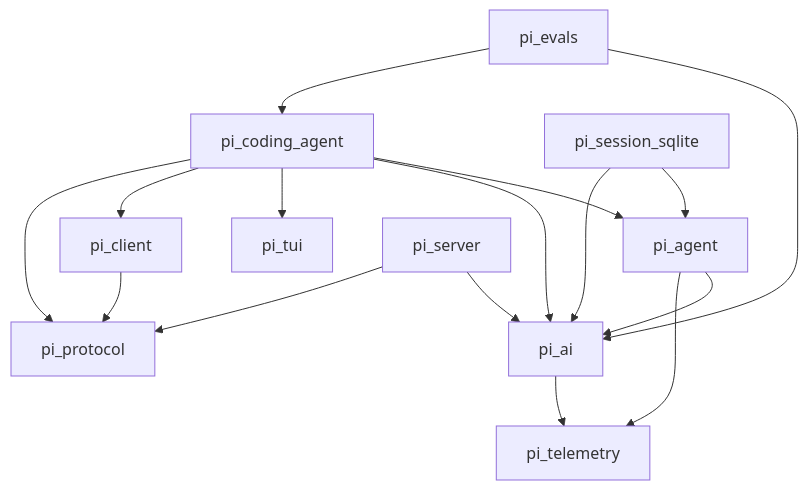
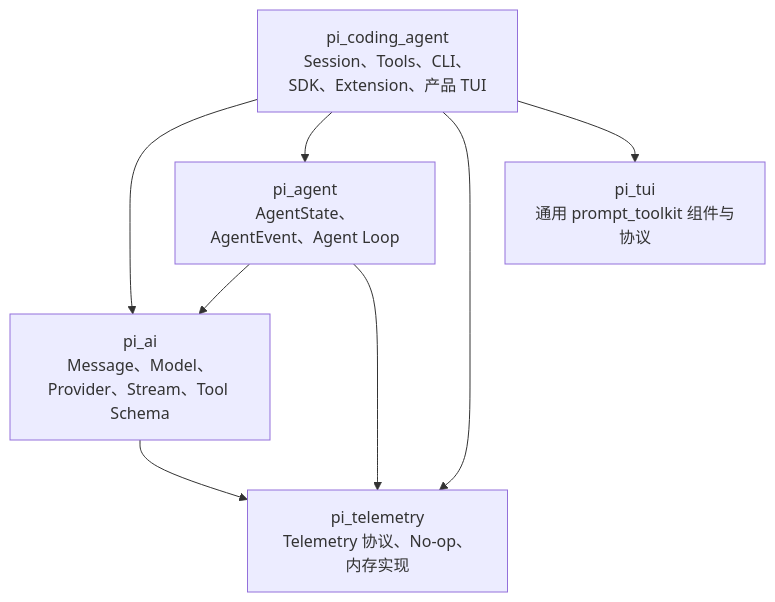
Before and after one commit to wangzhongyuan11/pi-python: the first of 2 diagrams in tasks/plan.md, drawn with Mermaid. The commit also changed other lines of this file and 3 other files, not shown here.

Commit message:
P0-T01: freeze rewrite roadmap and atomic backlog

````diff
--- a/tasks/plan.md
+++ b/tasks/plan.md
@@ -186,18 +45,16 @@
 ```mermaid
 graph TD
-    AI["pi_ai"] --> TEL["pi_telemetry"]
-    AGENT["pi_agent"] --> AI
-    AGENT --> TEL
-    CODING["pi_coding_agent"] --> AGENT
-    CODING --> AI
-    CODING --> TUI["pi_tui"]
-    CODING --> CLIENT["pi_client"]
-    CODING --> PROTOCOL["pi_protocol"]
-    CLIENT --> PROTOCOL
-    SERVER["pi_server"] --> AI
-    SERVER --> PROTOCOL
-    SQLITE["pi_session_sqlite"] --> AGENT
-    SQLITE --> AI
-    EVALS["pi_evals"] --> AI
-    EVALS --> CODING
+    TEL["pi_telemetry<br/>Telemetry 协议、No-op、内存实现"]
+    AI["pi_ai<br/>Message、Model、Provider、Stream、Tool Schema"]
+    AG["pi_agent<br/>AgentState、AgentEvent、Agent Loop"]
+    TUI["pi_tui<br/>通用 prompt_toolkit 组件与协议"]
+    CA["pi_coding_agent<br/>Session、Tools、CLI、SDK、Extension、产品 TUI"]
+
+    AI --> TEL
+    AG --> AI
+    AG --> TEL
+    CA --> AI
+    CA --> AG
+    CA --> TEL
+    CA --> TUI
 ```
````
